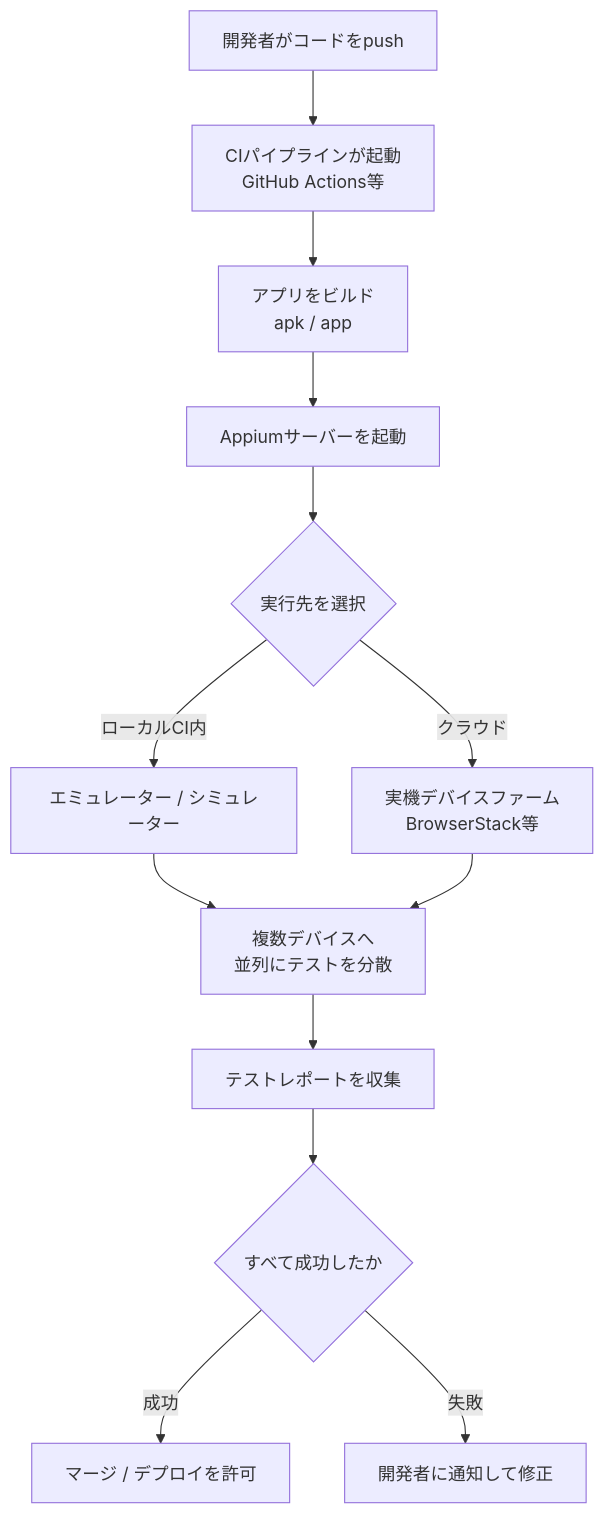
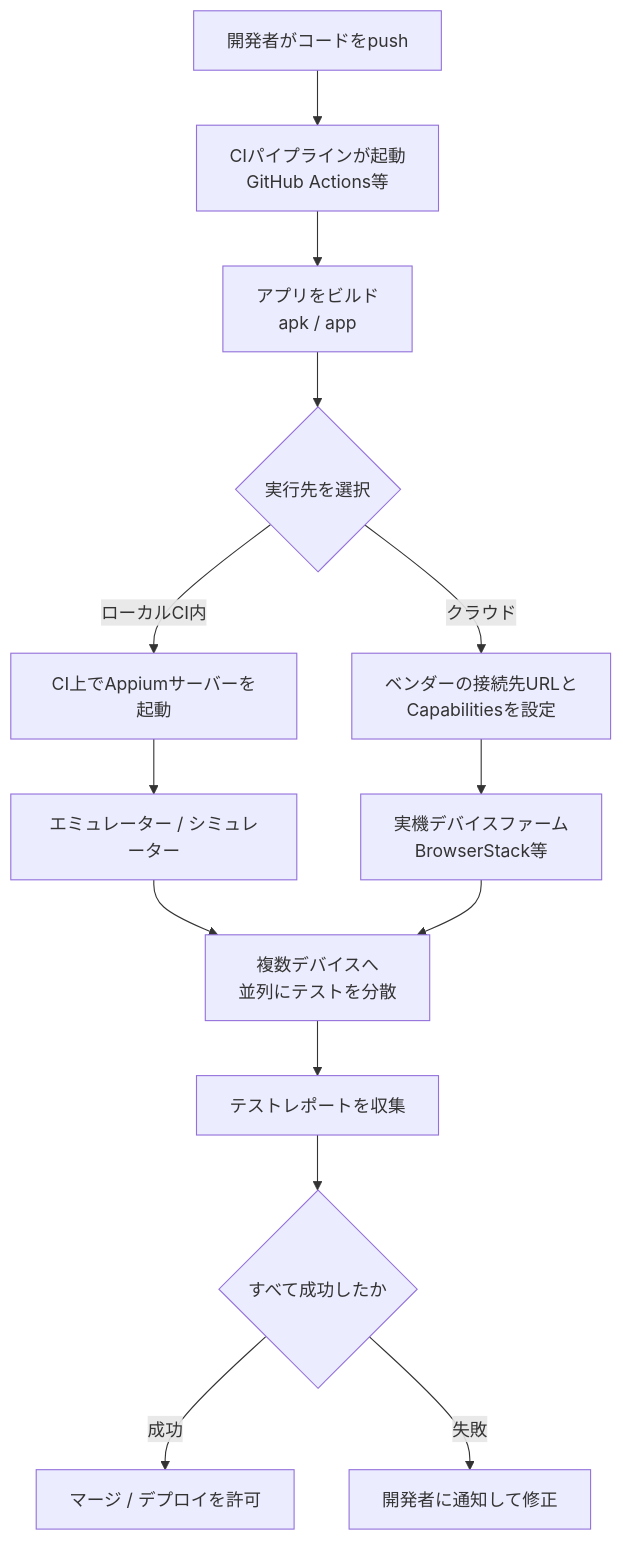
The seventh of 7 diagrams in Appium-essentials-guide.md (myoshi2891/Quality-Assurance-Studies), drawn with Mermaid before and after one commit. The commit also changed other lines of this file, not shown here.

Commit message:
docs(appium): clarify toolchain exceptions and parallel execution config

````diff
--- a/Appium-essentials-guide.md
+++ b/Appium-essentials-guide.md
@@ -543,15 +545,16 @@
 ```mermaid
 flowchart TD
     A["開発者がコードをpush"] --> B["CIパイプラインが起動<br/>GitHub Actions等"]
     B --> C["アプリをビルド<br/>apk / app"]
-    C --> D["Appiumサーバーを起動"]
-    D --> E{"実行先を選択"}
-    E -->|"ローカルCI内"| F["エミュレーター / シミュレーター"]
-    E -->|"クラウド"| G["実機デバイスファーム<br/>BrowserStack等"]
+    C --> E{"実行先を選択"}
+    E -->|"ローカルCI内"| D["CI上でAppiumサーバーを起動"]
+    D --> F["エミュレーター / シミュレーター"]
+    E -->|"クラウド"| R["ベンダーの接続先URLと<br/>Capabilitiesを設定"]
+    R --> G["実機デバイスファーム<br/>BrowserStack等"]
     F --> H["複数デバイスへ<br/>並列にテストを分散"]
     G --> H
     H --> I["テストレポートを収集"]
     I --> J{"すべて成功したか"}
     J -->|"成功"| K["マージ / デプロイを許可"]
     J -->|"失敗"| L["開発者に通知して修正"]
 ```
````
